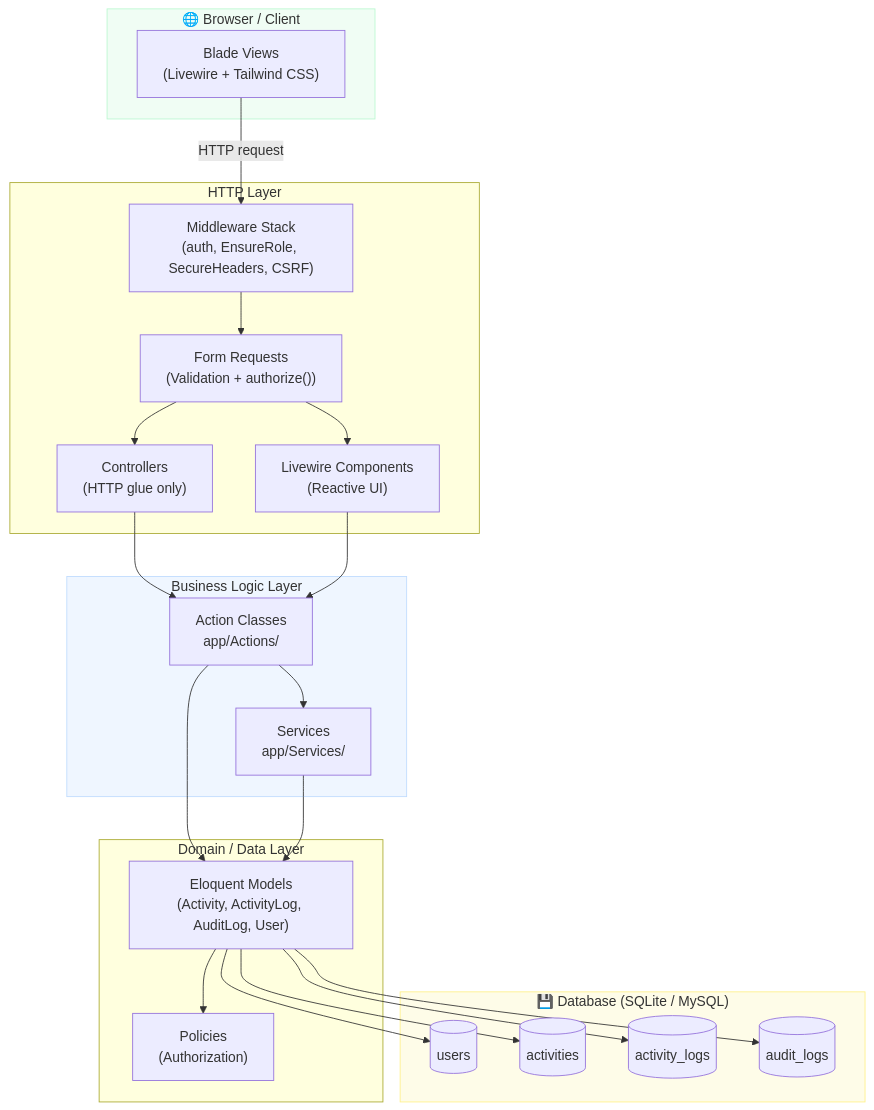
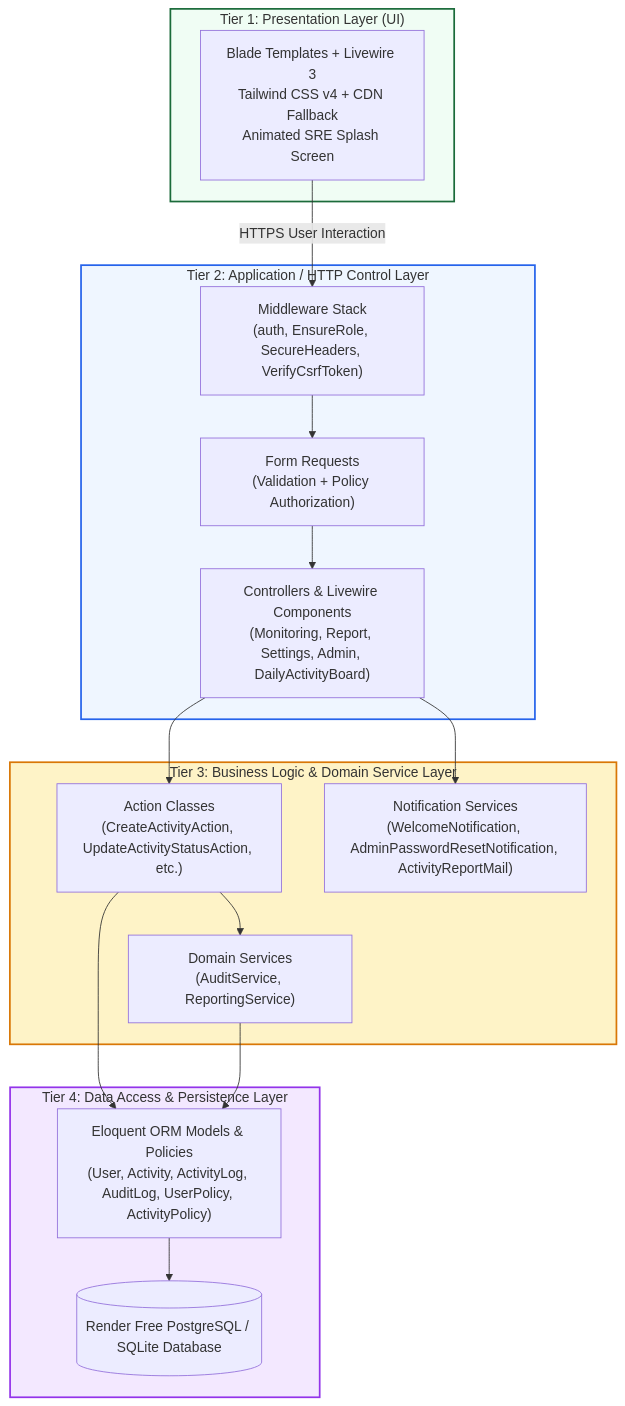
The second of 8 diagrams in docs/architecture.md (mhiskall282/npontu-technologies-sre), drawn with Mermaid before and after one commit. The commit also changed other lines of this file and 1 other file, not shown here.

Commit message:
docs: add explicit 4-tier architecture diagram, reflect live Render URL, Docker configuration, and notifications in documentation

````diff
--- a/docs/architecture.md
+++ b/docs/architecture.md
@@ -85,46 +85,38 @@
 ```mermaid
 flowchart TB
-    subgraph Browser["🌐 Browser / Client"]
-        UI["Blade Views\n(Livewire + Tailwind CSS)"]
+    subgraph Tier1["Tier 1: Presentation Layer (UI)"]
+        UI["Blade Templates + Livewire 3\nTailwind CSS v4 + CDN Fallback\nAnimated SRE Splash Screen"]
     end
 
-    subgraph HTTP["HTTP Layer"]
-        MW["Middleware Stack\n(auth, EnsureRole, SecureHeaders, CSRF)"]
-        FR["Form Requests\n(Validation + authorize())"]
-        CTRL["Controllers\n(HTTP glue only)"]
-        LW["Livewire Components\n(Reactive UI)"]
+    subgraph Tier2["Tier 2: Application / HTTP Control Layer"]
+        MW["Middleware Stack\n(auth, EnsureRole, SecureHeaders, VerifyCsrfToken)"]
+        FR["Form Requests\n(Validation + Policy Authorization)"]
+        CTRL["Controllers & Livewire Components\n(Monitoring, Report, Settings, Admin, DailyActivityBoard)"]
     end
 
-    subgraph Business["Business Logic Layer"]
-        ACT["Action Classes\napp/Actions/"]
-        SVC["Services\napp/Services/"]
+    subgraph Tier3["Tier 3: Business Logic & Domain Service Layer"]
+        ACT["Action Classes\n(CreateActivityAction, UpdateActivityStatusAction, etc.)"]
+        SVC["Domain Services\n(AuditService, ReportingService)"]
+        NOTIF["Notification Services\n(WelcomeNotification, AdminPasswordResetNotification, ActivityReportMail)"]
     end
 
-    subgraph Domain["Domain / Data Layer"]
-        MDL["Eloquent Models\n(Activity, ActivityLog, AuditLog, User)"]
-        PLY["Policies\n(Authorization)"]
+    subgraph Tier4["Tier 4: Data Access & Persistence Layer"]
+        MDL["Eloquent ORM Models & Policies\n(User, Activity, ActivityLog, AuditLog, UserPolicy, ActivityPolicy)"]
+        DB[(Render Free PostgreSQL / SQLite Database)]
     end
 
-    subgraph DB["💾 Database (SQLite / MySQL)"]
-        T1[(users)]
-        T2[(activities)]
-        T3[(activity_logs)]
-        T4[(audit_logs)]
-    end
-
-    UI -->|HTTP request| MW
+    UI -->|HTTPS User Interaction| MW
     MW --> FR
     FR --> CTRL
-    FR --> LW
     CTRL --> ACT
-    LW --> ACT
+    CTRL --> NOTIF
     ACT --> SVC
     ACT --> MDL
     SVC --> MDL
-    MDL --> PLY
-    MDL --> T1 & T2 & T3 & T4
+    MDL --> DB
 
-    style Browser fill:#f0fdf4,stroke:#bbf7d0
-    style DB fill:#fefce8,stroke:#fef08a
-    style Business fill:#eff6ff,stroke:#bfdbfe
+    style Tier1 fill:#f0fdf4,stroke:#1B6B3A,stroke-width:2px
+    style Tier2 fill:#eff6ff,stroke:#2563eb,stroke-width:2px
+    style Tier3 fill:#fef3c7,stroke:#d97706,stroke-width:2px
+    style Tier4 fill:#f3e8ff,stroke:#9333ea,stroke-width:2px
 ```
````
